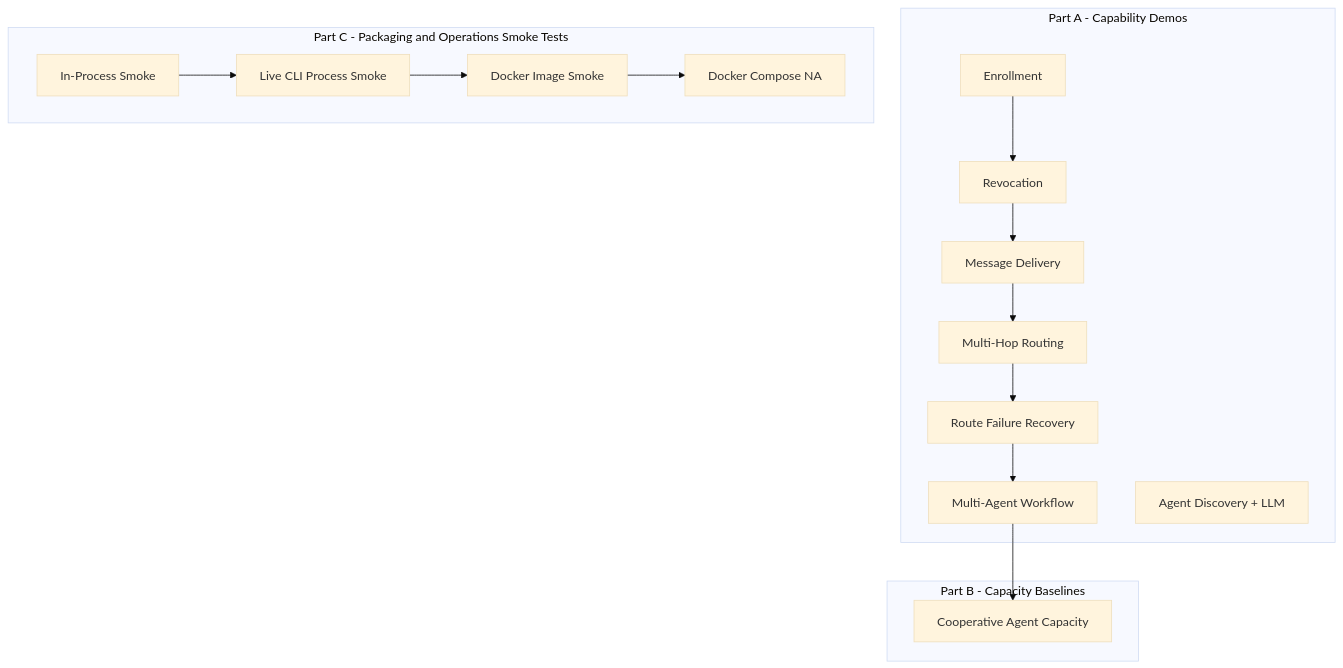
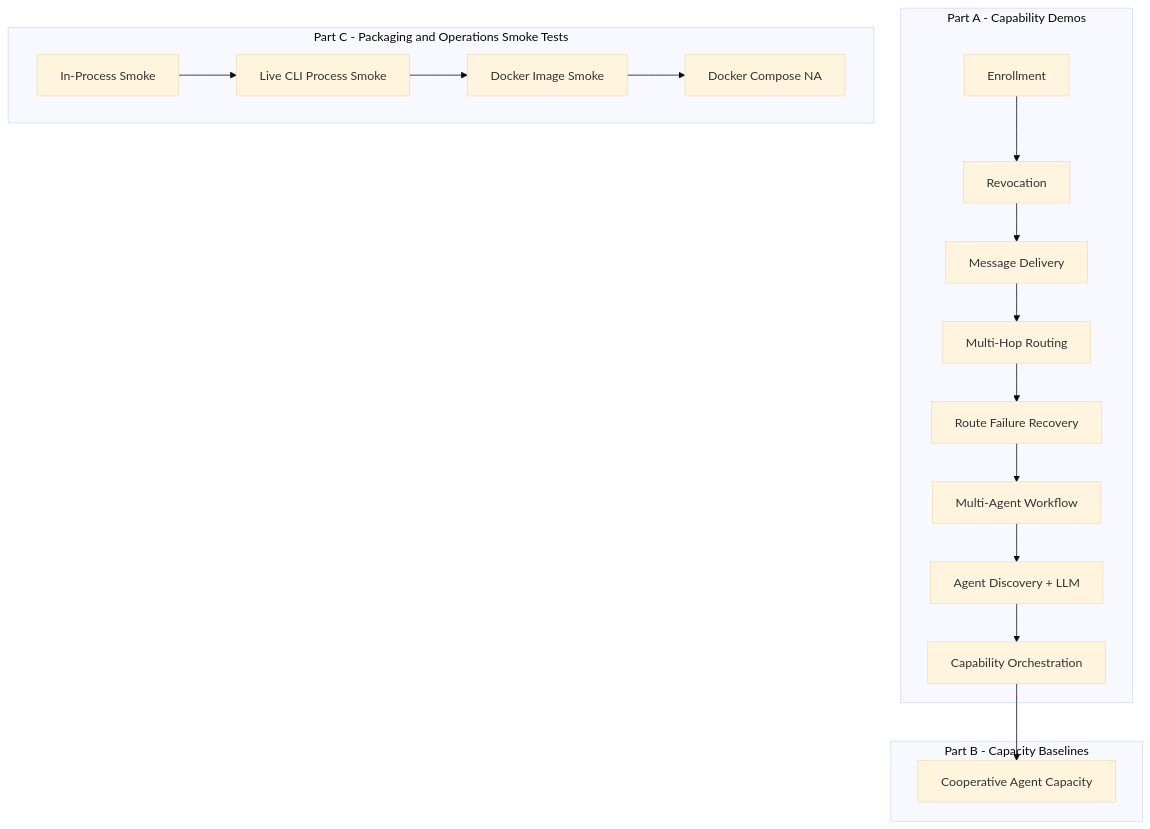
The first of 11 diagrams in docs/examples/demos.md (GenesisMeshLabs/genesismesh), drawn with Mermaid (base theme) before and after one commit. The commit also changed other lines of this file and 24 other files, not shown here.

Commit message:
feat: add trust-aware capability orchestration

````diff
--- a/docs/examples/demos.md
+++ b/docs/examples/demos.md
@@ -25,27 +25,28 @@
 ```{mermaid}
 flowchart TD
     subgraph A[Part A - Capability Demos]
         A1[Enrollment]
         A2[Revocation]
         A3[Message Delivery]
         A4[Multi-Hop Routing]
         A5[Route Failure Recovery]
         A6[Multi-Agent Workflow]
         A7[Agent Discovery + LLM]
+        A8[Capability Orchestration]
     end
 
     subgraph B[Part B - Capacity Baselines]
         B1[Cooperative Agent Capacity]
     end
 
     subgraph C[Part C - Packaging and Operations Smoke Tests]
         C1[In-Process Smoke]
         C2[Live CLI Process Smoke]
         C3[Docker Image Smoke]
         C4[Docker Compose NA]
     end
 
-    A1 --> A2 --> A3 --> A4 --> A5 --> A6
-    A6 --> B1
+    A1 --> A2 --> A3 --> A4 --> A5 --> A6 --> A7 --> A8
+    A8 --> B1
     C1 --> C2 --> C3 --> C4
 ```
````
